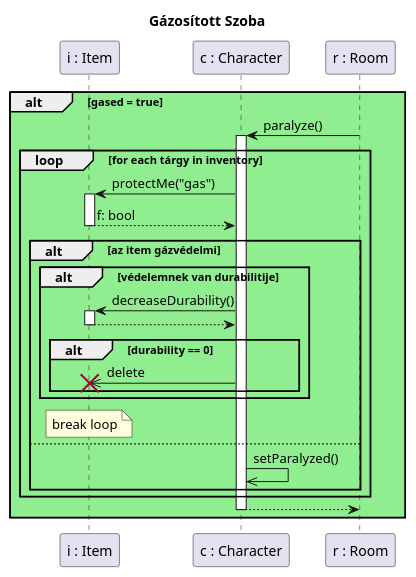
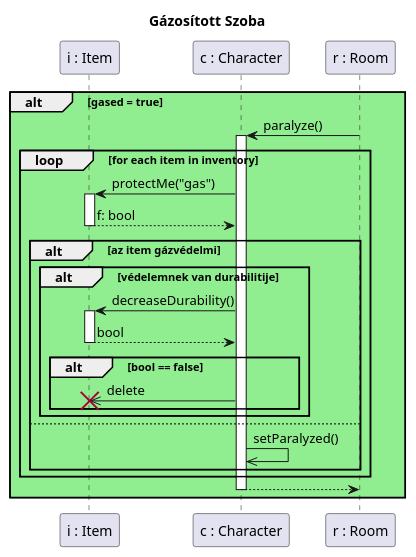
The diagram in diagramms/src/gased_room.puml (kipolaris/skyrimscriptsuttogok), drawn with PlantUML before and after one commit. The commit also changed 27 other files, not shown here.

Commit message:
finished fixing sequence diagrams based on labvez opinion

```diff
--- a/diagramms/src/gased_room.puml
+++ b/diagramms/src/gased_room.puml
@@ -1,36 +1,35 @@
 @startuml gazed_room
 Title Gázosított Szoba
 
 participant "i : Item" as item
 participant "c : Character" as char
 participant "r : Room" as sz
 
 alt #LightGreen gased = true
         sz->char ++: paralyze()
-        loop for each tárgy in inventory
+        loop for each item in inventory
             char->item ++: protectMe("gas")
 
             return f: bool
 
             alt az item gázvédelmi
 
                 alt védelemnek van durabilitije
                     char->item ++: decreaseDurability()
-                    return
+                    return bool
                 
-                    alt durability == 0
+                    alt bool == false
                         char->>item !!: delete
                     
                     end
                 end
-
-                note over item : break loop
+                
             else
                 char->>char : setParalyzed()
             end
 
         end
         char-->sz --:
 end
 
 @enduml
```
